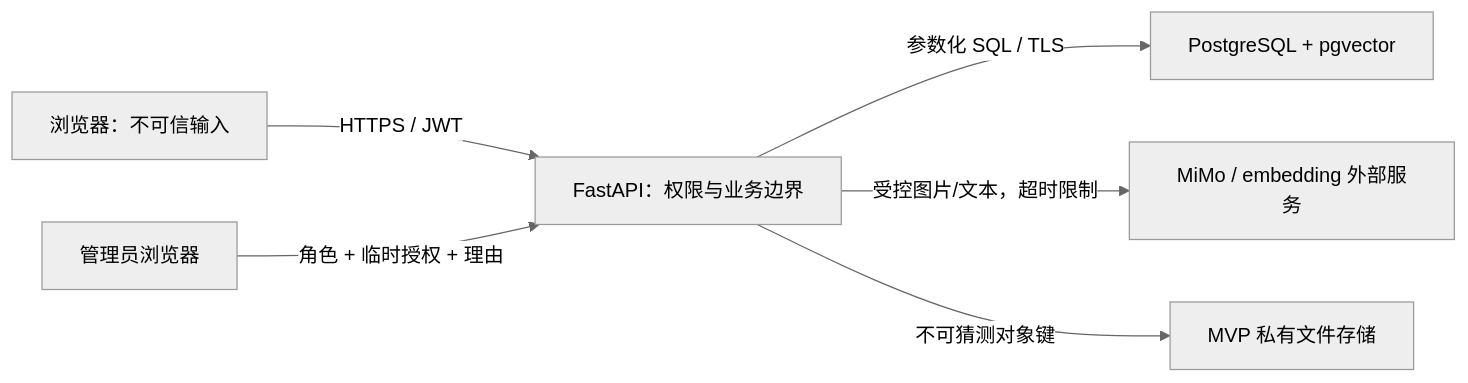
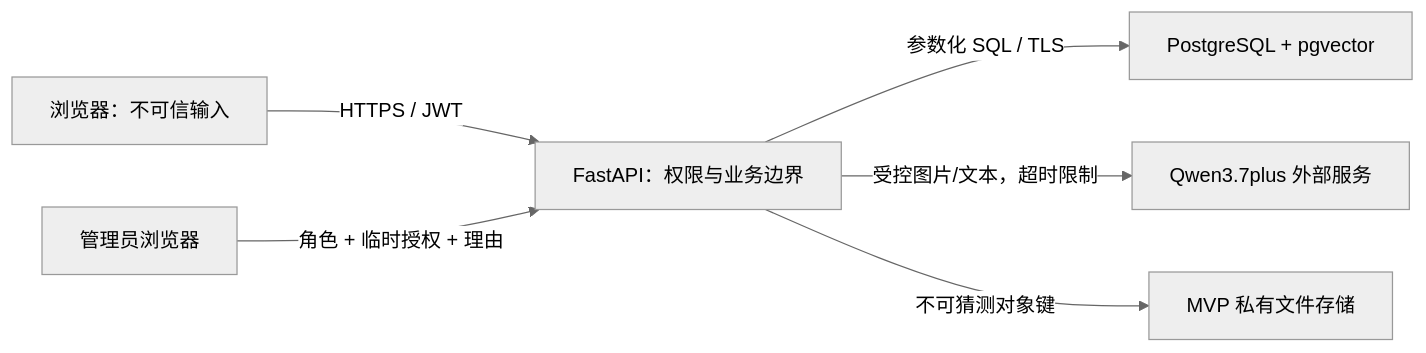
One commit to xushengyu1/day56-submission changed the first of 11 diagrams in docs/design/end-to-end-system-design.md. Above: the diagram before and after it, drawn with Mermaid (neutral theme). The commit also changed other lines of this file and 64 other files, not shown here.

````diff
--- a/docs/design/end-to-end-system-design.md
+++ b/docs/design/end-to-end-system-design.md
@@ -61,8 +61,8 @@
 ```mermaid
 flowchart LR
     B["浏览器：不可信输入"] -->|"HTTPS / JWT"| API["FastAPI：权限与业务边界"]
     API -->|"参数化 SQL / TLS"| DB["PostgreSQL + pgvector"]
-    API -->|"受控图片/文本，超时限制"| AI["MiMo / embedding 外部服务"]
+    API -->|"受控图片/文本，超时限制"| AI["Qwen3.7plus 外部服务"]
     API -->|"不可猜测对象键"| FS["MVP 私有文件存储"]
     ADMIN["管理员浏览器"] -->|"角色 + 临时授权 + 理由"| API
 ```
````
